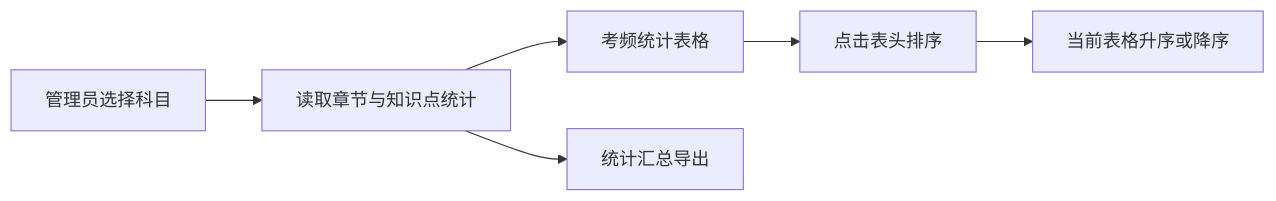
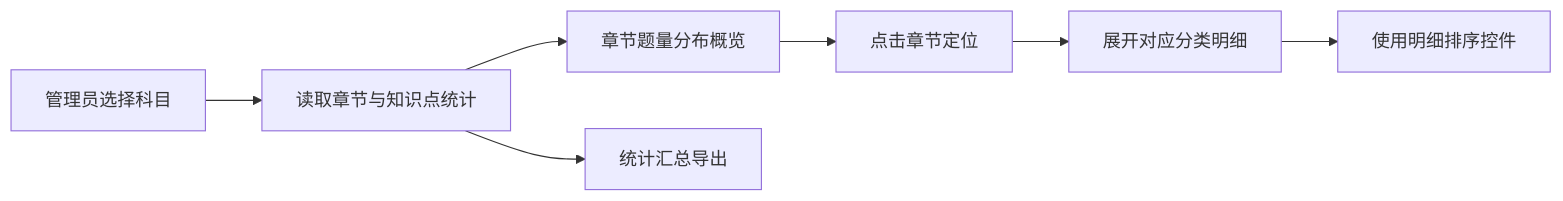
One commit to ddll8023/408web changed the fifth of 5 diagrams in doc/模块说明文档.md. Above: the diagram before and after it, drawn with Mermaid. The commit also changed other lines of this file and 2 other files, not shown here.

````diff
--- a/doc/模块说明文档.md
+++ b/doc/模块说明文档.md
@@ -403,8 +405,9 @@
 ```mermaid
 flowchart LR
     A[管理员选择科目] --> B[读取章节与知识点统计]
-    B --> C[考频统计表格]
-    C --> D[点击表头排序]
-    D --> E[当前表格升序或降序]
-    B --> F[统计汇总导出]
+    B --> C[章节题量分布概览]
+    C --> D[点击章节定位]
+    D --> E[展开对应分类明细]
+    E --> F[使用明细排序控件]
+    B --> G[统计汇总导出]
 ```
````
